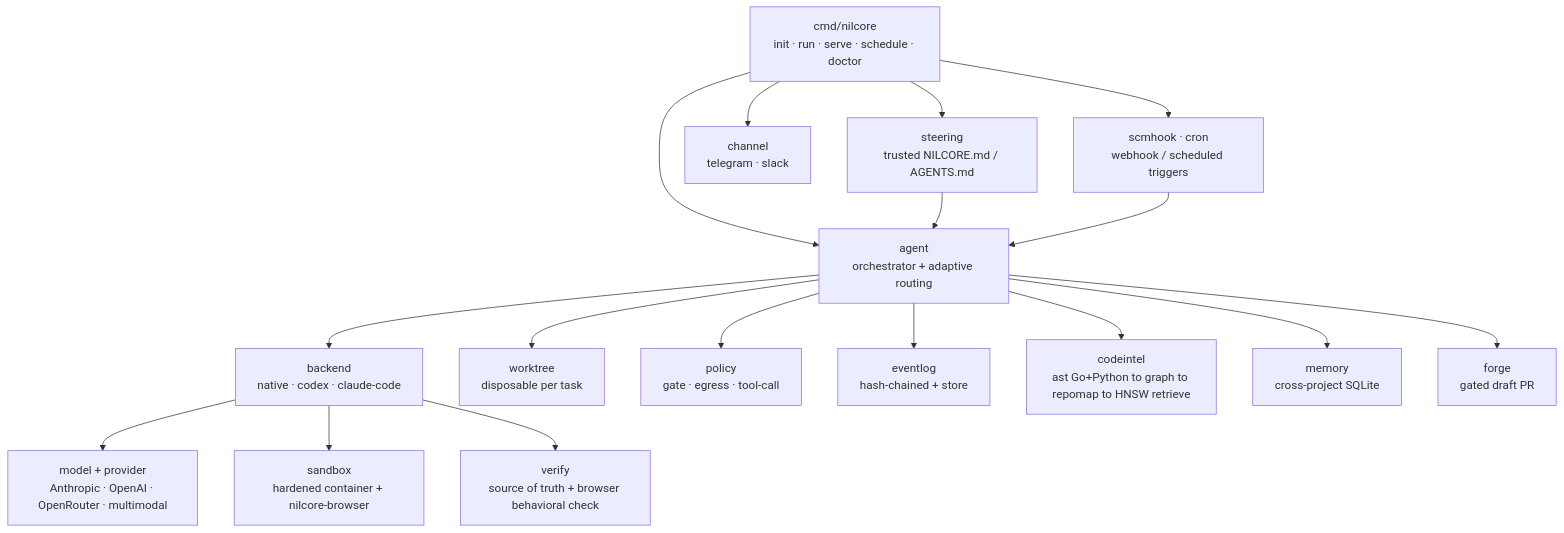
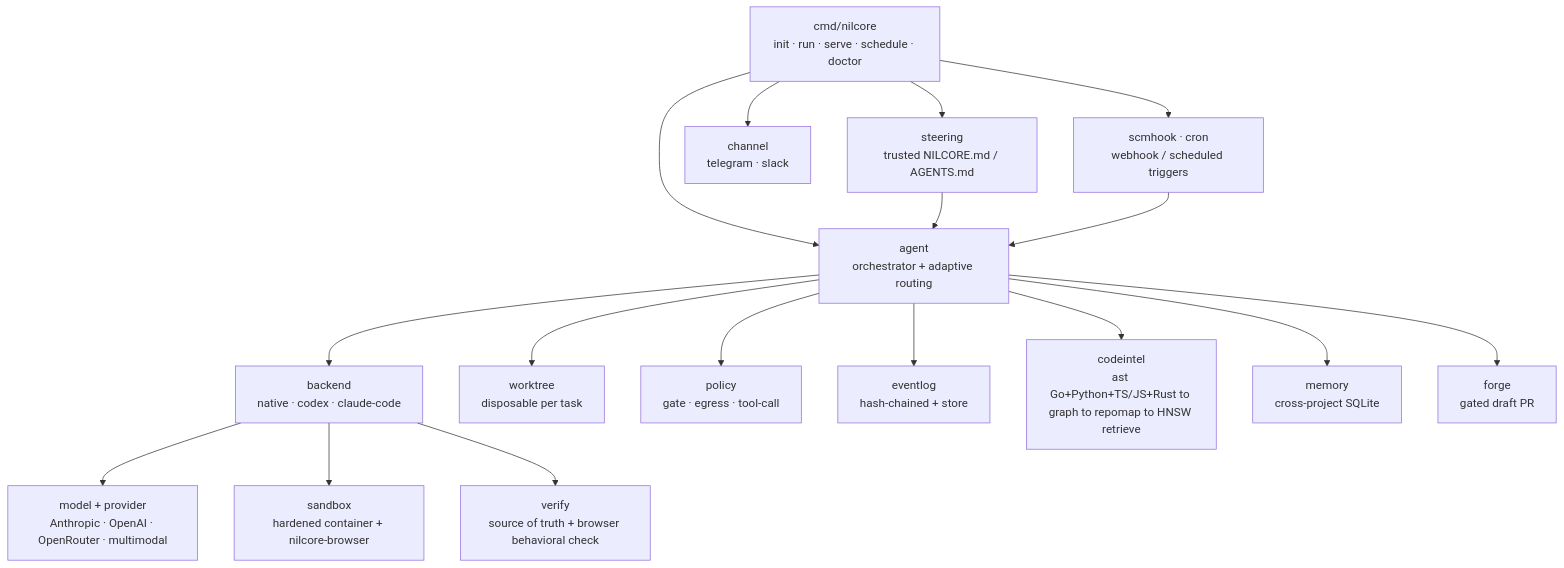
The second of 2 diagrams in README.md (RNT56/NilCore), drawn with Mermaid before and after one commit. The commit also changed other lines of this file and 6 other files, not shown here.

````diff
--- a/README.md
+++ b/README.md
@@ -221,19 +223,19 @@
 ```mermaid
 flowchart TD
     CLI[cmd/nilcore<br/>init · run · serve · schedule · doctor] --> AGENT[agent<br/>orchestrator + adaptive routing]
     CLI --> STEER[steering<br/>trusted NILCORE.md / AGENTS.md]
     STEER --> AGENT
     AGENT --> BK[backend<br/>native · codex · claude-code]
     AGENT --> WT[worktree<br/>disposable per task]
     BK --> MODEL[model + provider<br/>Anthropic · OpenAI · OpenRouter · multimodal]
     BK --> SANDBOX[sandbox<br/>hardened container + nilcore-browser]
     BK --> VERIFY[verify<br/>source of truth + browser behavioral check]
     AGENT --> POLICY[policy<br/>gate · egress · tool-call]
     AGENT --> LOG[eventlog<br/>hash-chained + store]
-    AGENT --> CI[codeintel<br/>ast Go+Python to graph to repomap to HNSW retrieve]
+    AGENT --> CI[codeintel<br/>ast Go+Python+TS/JS+Rust to graph to repomap to HNSW retrieve]
     AGENT --> MEM[memory<br/>cross-project SQLite]
     CLI --> CHAN[channel<br/>telegram · slack]
     CLI --> TRIG[scmhook · cron<br/>webhook / scheduled triggers]
     TRIG --> AGENT
     AGENT --> FORGE[forge<br/>gated draft PR]
 ```
````
